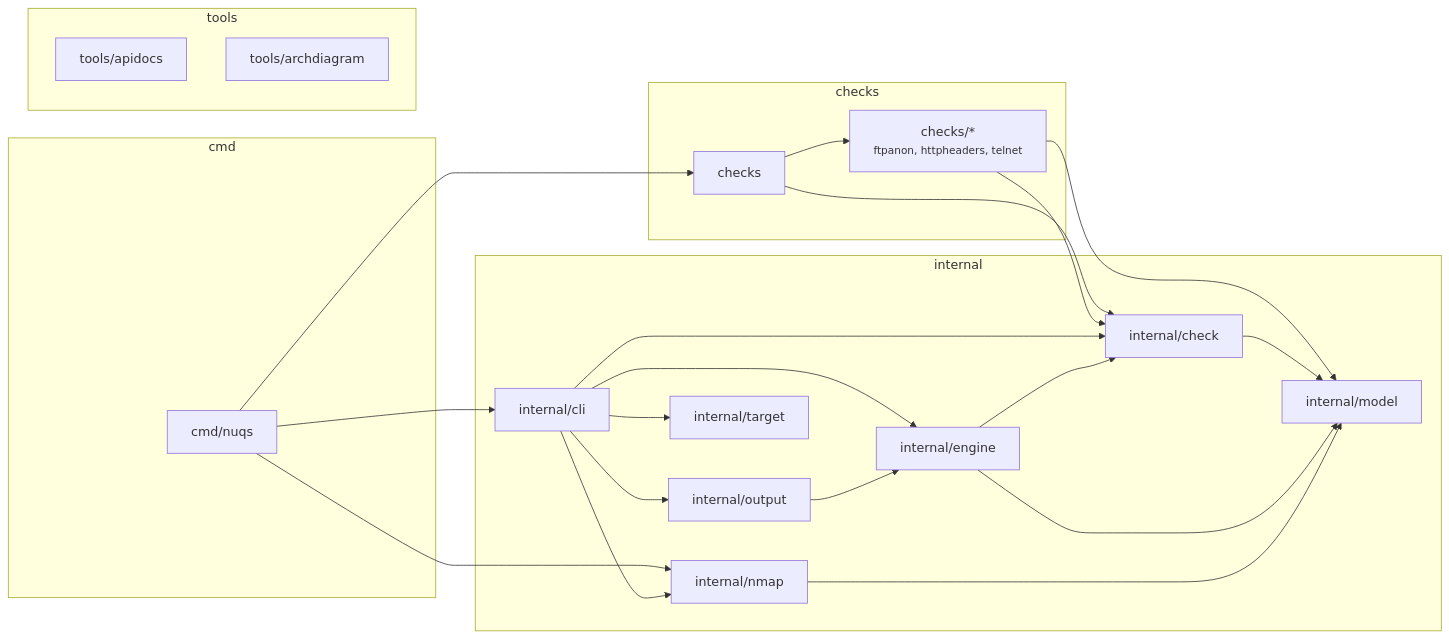
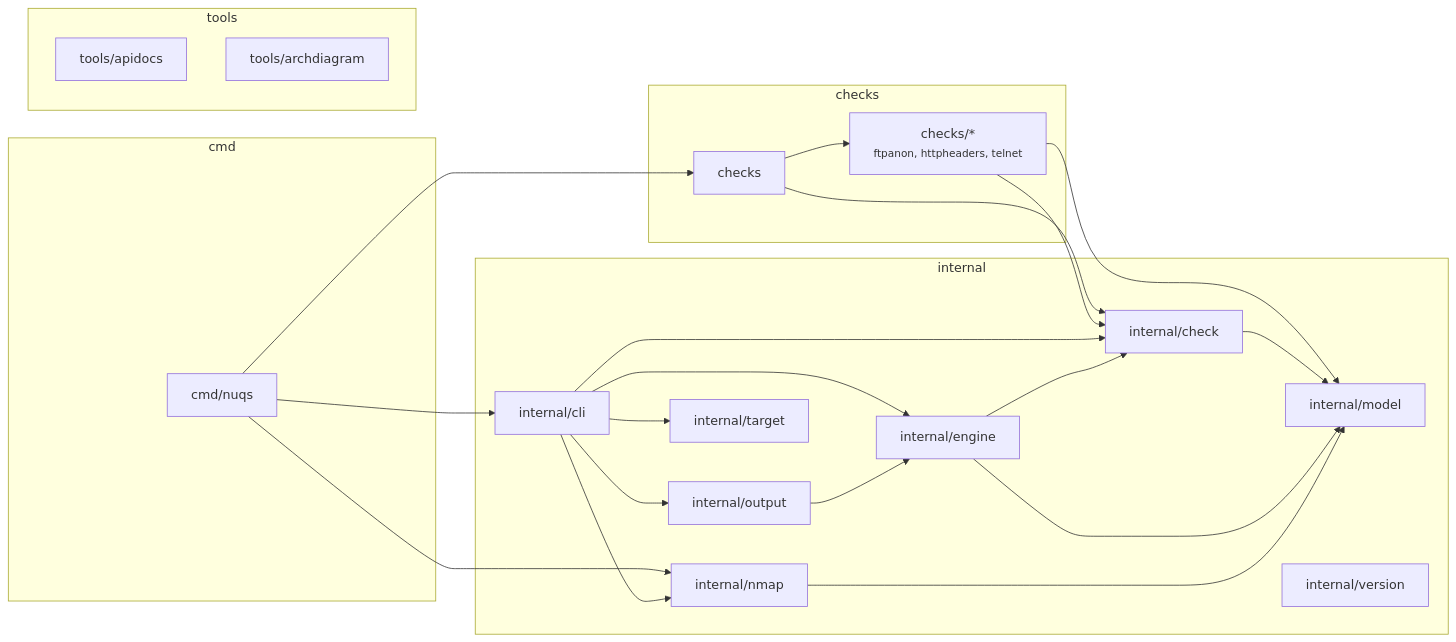
Before and after one commit to 92meharali/nuqs: the diagram in docs/architecture.md, drawn with Mermaid. The commit also changed other lines of this file, not shown here.

Commit message:
update architecture diagram

````diff
--- a/docs/architecture.md
+++ b/docs/architecture.md
@@ -10,40 +10,41 @@
 ```mermaid
 flowchart LR
   subgraph n_g_checks ["checks"]
     n_checks["checks"]
     n_checks__["checks/*<br/><small>ftpanon, httpheaders, telnet</small>"]
   end
   subgraph n_g_cmd ["cmd"]
     n_cmd_nuqs["cmd/nuqs"]
   end
   subgraph n_g_internal ["internal"]
     n_internal_check["internal/check"]
     n_internal_cli["internal/cli"]
     n_internal_engine["internal/engine"]
     n_internal_model["internal/model"]
     n_internal_nmap["internal/nmap"]
     n_internal_output["internal/output"]
     n_internal_target["internal/target"]
+    n_internal_version["internal/version"]
   end
   subgraph n_g_tools ["tools"]
     n_tools_apidocs["tools/apidocs"]
     n_tools_archdiagram["tools/archdiagram"]
   end
   n_checks --> n_checks__
   n_checks --> n_internal_check
   n_checks__ --> n_internal_check
   n_checks__ --> n_internal_model
   n_cmd_nuqs --> n_checks
   n_cmd_nuqs --> n_internal_cli
   n_cmd_nuqs --> n_internal_nmap
   n_internal_check --> n_internal_model
   n_internal_cli --> n_internal_check
   n_internal_cli --> n_internal_engine
   n_internal_cli --> n_internal_nmap
   n_internal_cli --> n_internal_output
   n_internal_cli --> n_internal_target
   n_internal_engine --> n_internal_check
   n_internal_engine --> n_internal_model
   n_internal_nmap --> n_internal_model
   n_internal_output --> n_internal_engine
 ```
````
